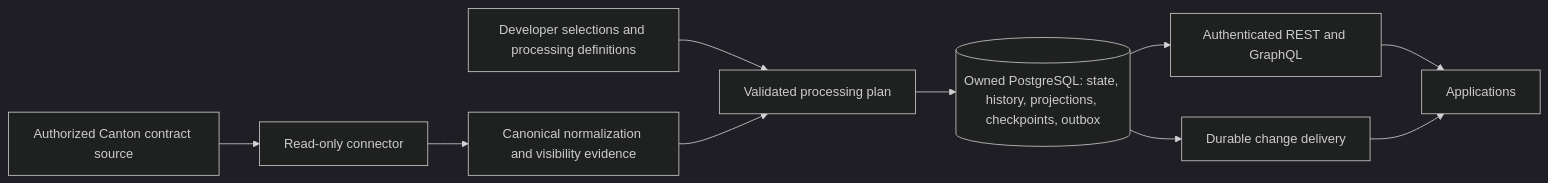
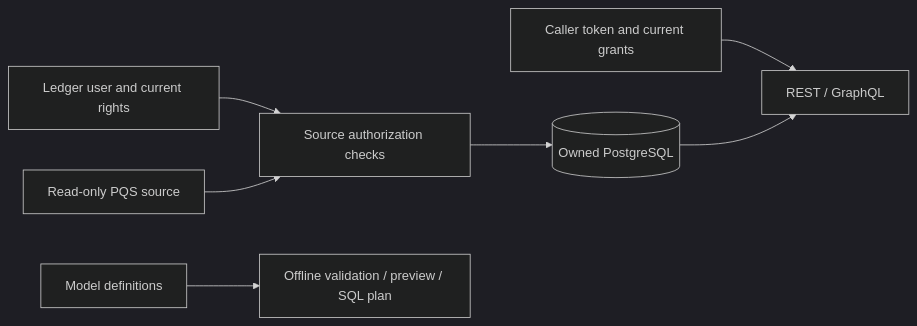
Before and after one commit to kunal171/cantongrid: the diagram in docs/architecture.md, drawn with Mermaid (dark theme). The commit also changed other lines of this file and 12 other files, not shown here.

````diff
--- a/docs/architecture.md
+++ b/docs/architecture.md
@@ -17,12 +7,9 @@
 ```mermaid
 flowchart LR
-    S[Authorized Canton contract source] --> C[Read-only connector]
-    C --> N[Canonical normalization and visibility evidence]
-    M[Developer selections and processing definitions] --> P[Validated processing plan]
-    N --> P
-    P --> D[(Owned PostgreSQL: state, history, projections, checkpoints, outbox)]
-    D --> A[Authenticated REST and GraphQL]
-    D --> E[Durable change delivery]
-    A --> U[Applications]
-    E --> U
+    L[Ledger user and current rights] --> W[Source authorization checks]
+    P[Read-only PQS source] --> W
+    W --> D[(Owned PostgreSQL)]
+    C[Caller token and current grants] --> A[REST / GraphQL]
+    D --> A
+    M[Model definitions] --> T[Offline validation / preview / SQL plan]
 ```
````
